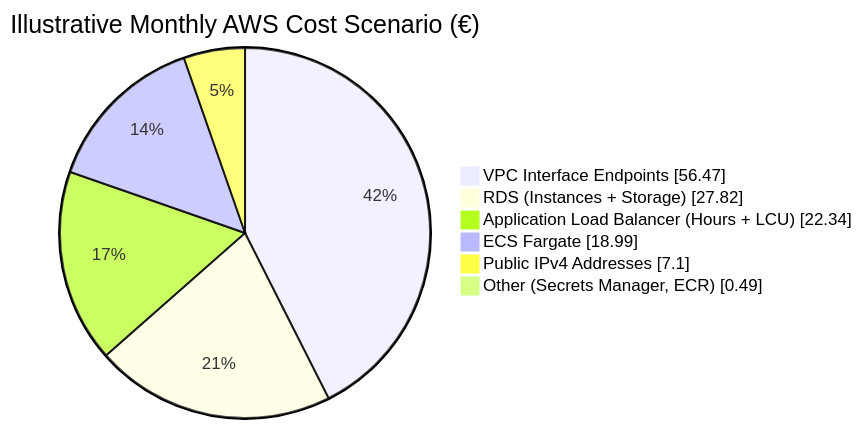
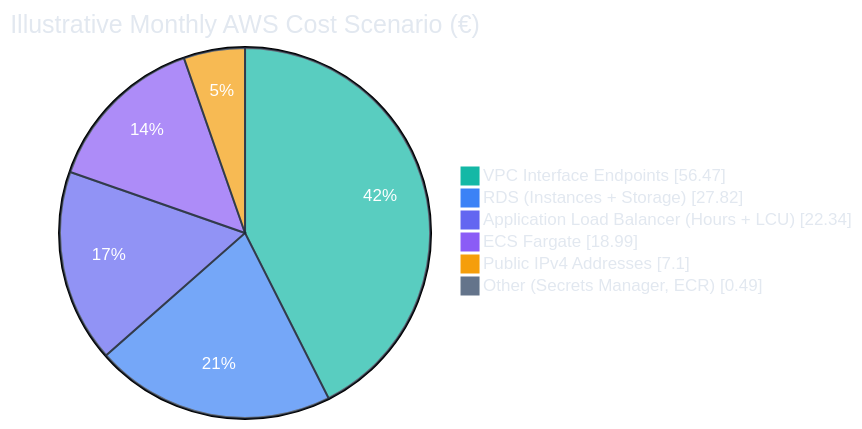
Before and after one commit to greeg75/aws-terraform-infra: the diagram in README.md, drawn with Mermaid.

Commit message:
update readme file

````diff
--- a/README.md
+++ b/README.md
@@ -341,10 +341,26 @@
 ```mermaid
+%%{init: {
+  "theme": "base",
+  "themeVariables": {
+    "pie1": "#14B8A6",
+    "pie2": "#3B82F6",
+    "pie3": "#6366F1",
+    "pie4": "#8B5CF6",
+    "pie5": "#F59E0B",
+    "pie6": "#64748B",
+    "pieTitleTextColor": "#E2E8F0",
+    "pieSectionTextColor": "#FFFFFF",
+    "pieLegendTextColor": "#E2E8F0",
+    "pieStrokeColor": "#1E293B",
+    "pieStrokeWidth": "2px"
+  }
+}}%%
 pie showData
     title Illustrative Monthly AWS Cost Scenario (€)
     "VPC Interface Endpoints" : 56.47
     "RDS (Instances + Storage)" : 27.82
     "Application Load Balancer (Hours + LCU)" : 22.34
     "ECS Fargate" : 18.99
     "Public IPv4 Addresses" : 7.10
     "Other (Secrets Manager, ECR)" : 0.49
 ```
````
